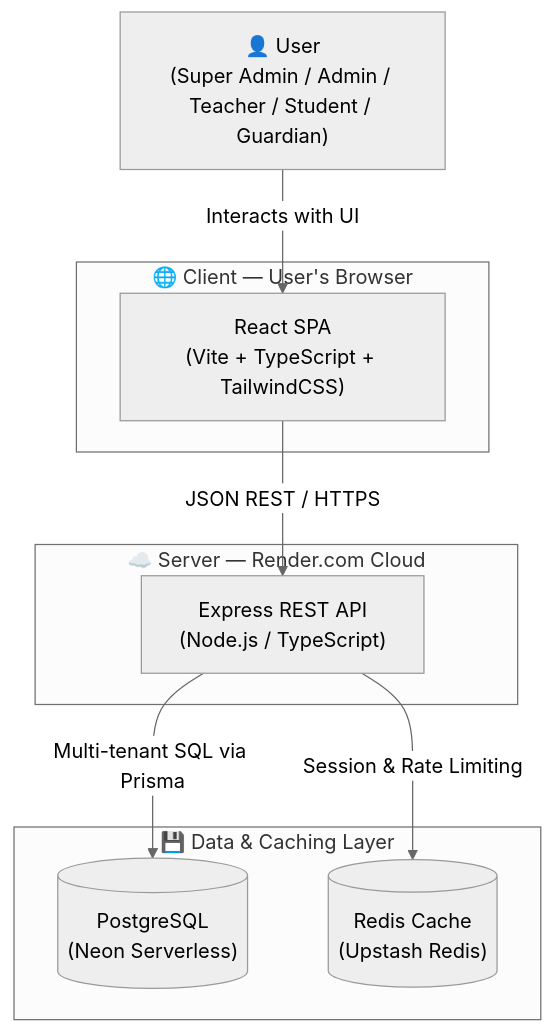
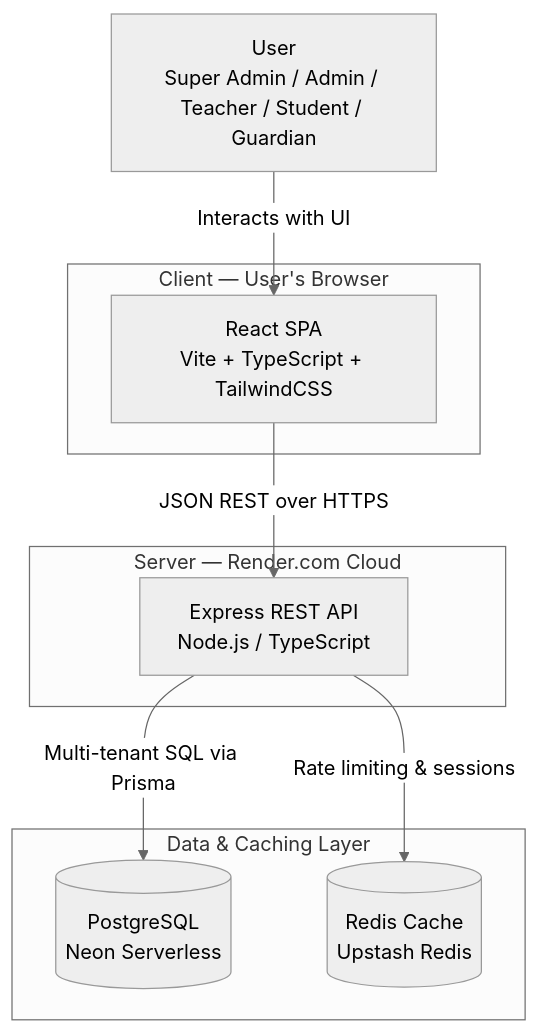
Before and after one commit to RafatAiub/PeopleIT-SMS-student-management-system-: the first of 11 diagrams in README.md, drawn with Mermaid (neutral theme). The commit also changed other lines of this file, not shown here.

First line of the commit message:
docs: fix broken/unreadable mermaid diagrams in README

````diff
--- a/README.md
+++ b/README.md
@@ -67,22 +67,22 @@
 ```mermaid
 flowchart TB
-    user["👤 User\n(Super Admin / Admin / Teacher / Student / Guardian)"]
+    user["User<br/>Super Admin / Admin / Teacher / Student / Guardian"]
 
-    subgraph ClientContainer ["🌐 Client — User's Browser"]
-        spa["React SPA\n(Vite + TypeScript + TailwindCSS)"]
+    subgraph ClientContainer["Client — User's Browser"]
+        spa["React SPA<br/>Vite + TypeScript + TailwindCSS"]
     end
 
-    subgraph ServerContainer ["☁️ Server — Render.com Cloud"]
-        api["Express REST API\n(Node.js / TypeScript)"]
+    subgraph ServerContainer["Server — Render.com Cloud"]
+        api["Express REST API<br/>Node.js / TypeScript"]
     end
 
-    subgraph DataLayer ["💾 Data & Caching Layer"]
-        db[("PostgreSQL\n(Neon Serverless)")]
-        redis[("Redis Cache\n(Upstash Redis)")]
+    subgraph DataLayer["Data & Caching Layer"]
+        db[("PostgreSQL<br/>Neon Serverless")]
+        redis[("Redis Cache<br/>Upstash Redis")]
     end
 
     user -->|Interacts with UI| spa
-    spa -->|JSON REST / HTTPS| api
-    api -->|Session & Rate Limiting| redis
+    spa -->|JSON REST over HTTPS| api
+    api -->|Rate limiting & sessions| redis
     api -->|Multi-tenant SQL via Prisma| db
 ```
````
